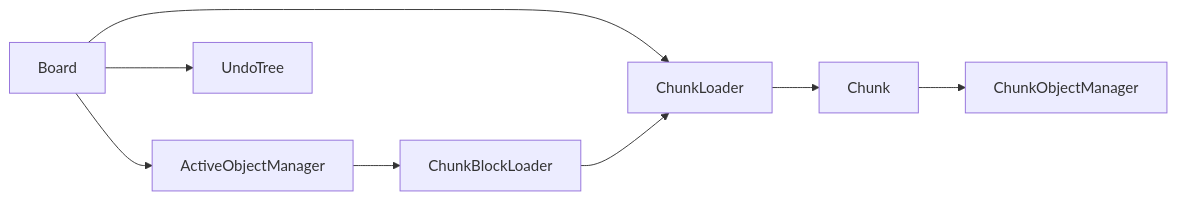
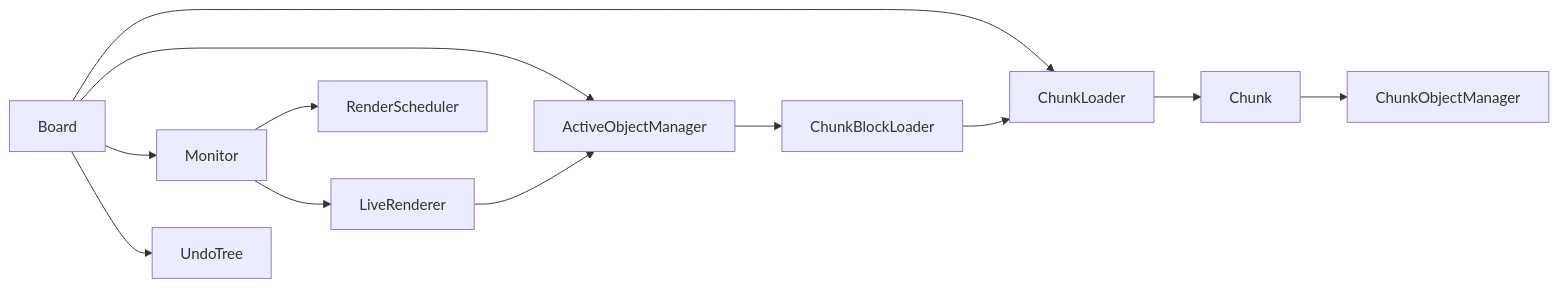
Before and after one commit to Frank-Steven/HoundWhiteboard: the diagram in src/core/components/docs/components-document.md, drawn with Mermaid. The commit also changed other lines of this file and 12 other files, not shown here.

````diff
--- a/src/core/components/docs/components-document.md
+++ b/src/core/components/docs/components-document.md
@@ -18,18 +21,25 @@
 ```mermaid
 graph LR
-  Board["Board"]
-  PM["Chunk"]
+  B["Board"]
+  C["Chunk"]
   CL["ChunkLoader"]
-  POM["ChunkObjectManager"]
+  COM["ChunkObjectManager"]
   AOM["ActiveObjectManager"]
-  PLM["ChunkBlockLoader"]
+  CBL["ChunkBlockLoader"]
+  M["Monitor"]
+  RS["RenderScheduler"]
+  LR["LiveRenderer"]
   UT["UndoTree"]
 
-  Board --> CL
-  CL --> PM
-  PM --> POM
-  Board --> AOM
-  Board --> UT
-  PLM --> CL
-  AOM --> PLM
+  B --> CL
+  CL --> C
+  C --> COM
+  B --> AOM
+  B --> M
+  B --> UT
+  CBL --> CL
+  AOM --> CBL
+  M --> RS
+  M --> LR
+  LR --> AOM
 ```
````
